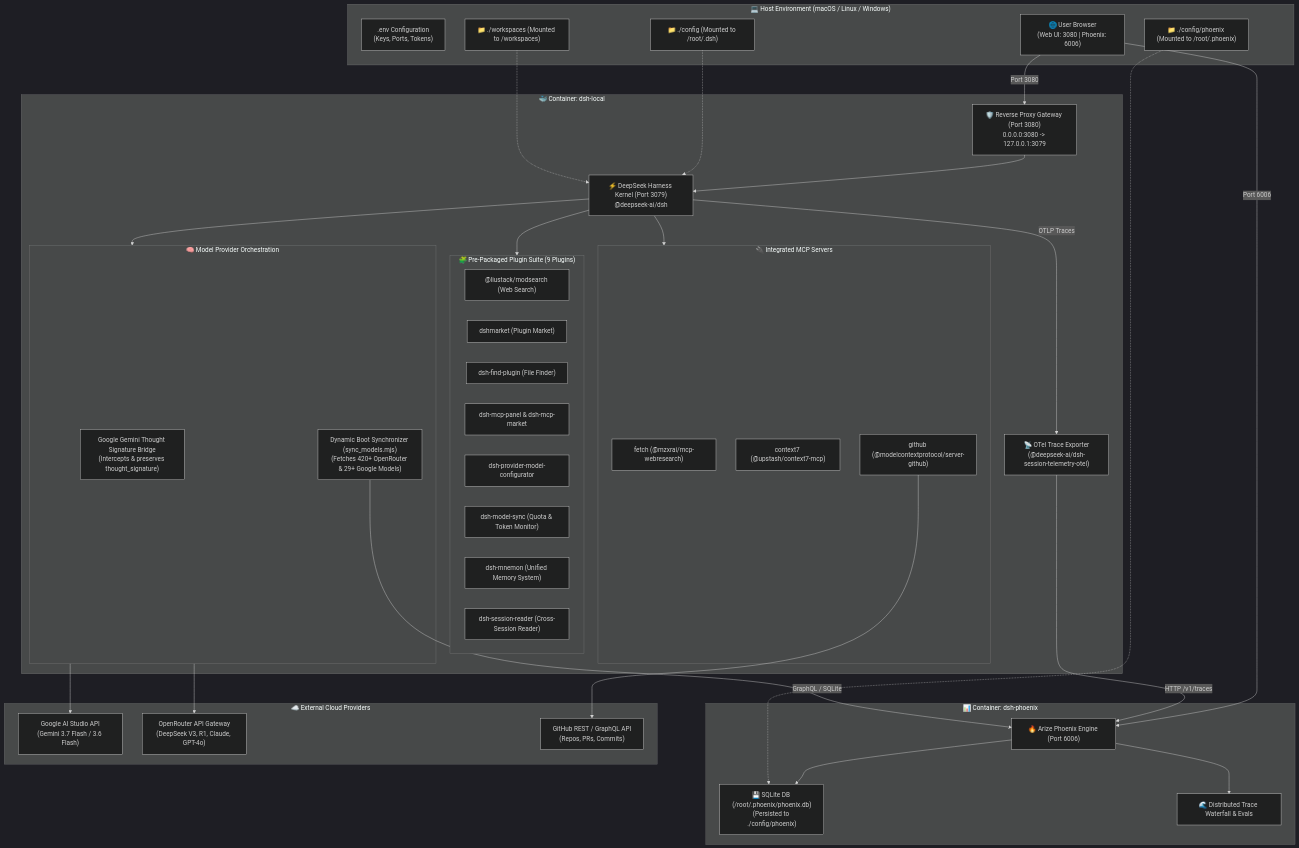
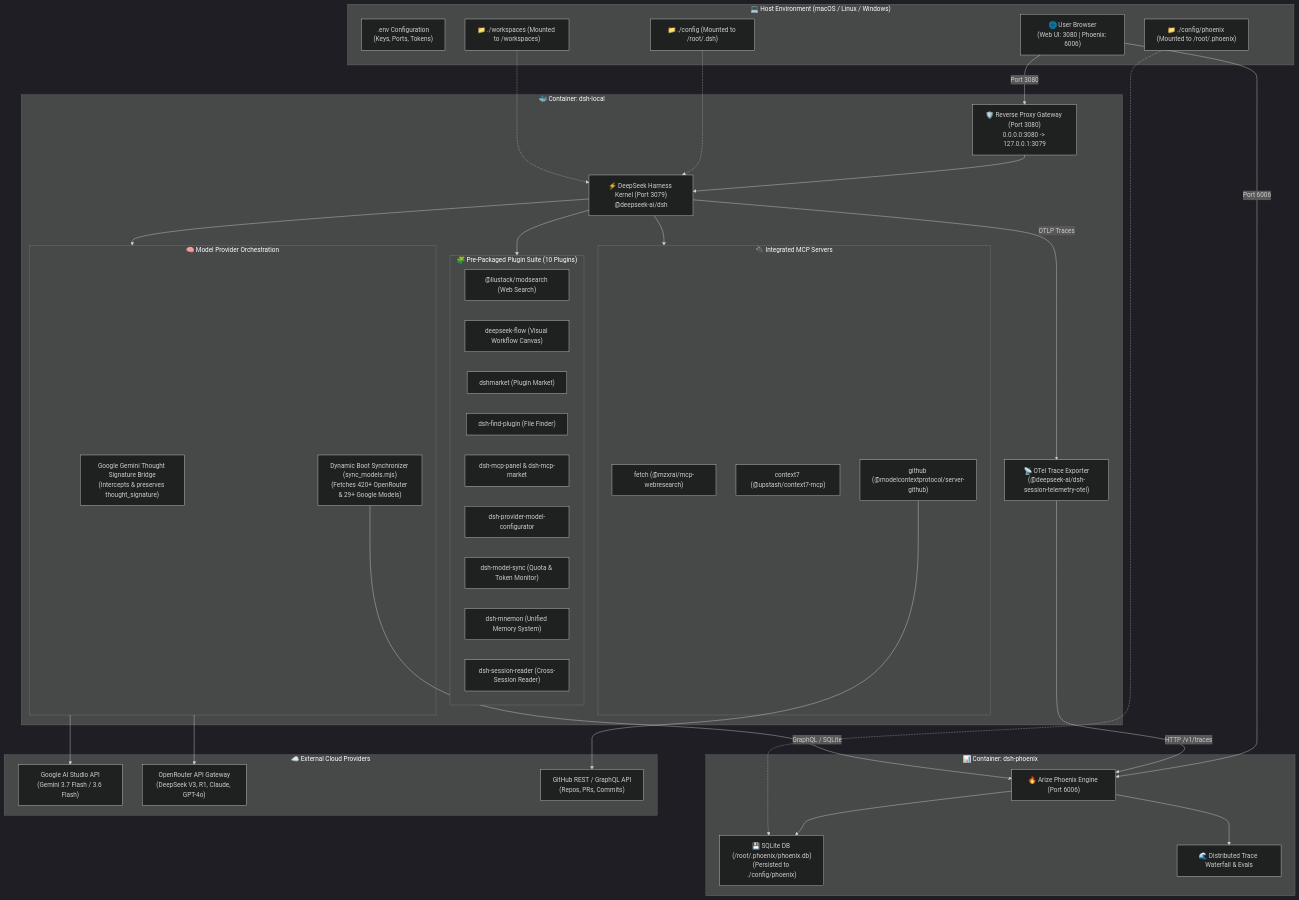
Before and after one commit to hdjebar/DSH-DDS: the diagram in docs/architecture.md, drawn with Mermaid (dark theme). The commit also changed 12 other files, not shown here.

Commit message:
feat(persona-creator): add dedicated persona-creator meta-architect persona and deepseek-flow visual canvas plugin

````diff
--- a/docs/architecture.md
+++ b/docs/architecture.md
@@ -3,72 +3,73 @@
 ```mermaid
 flowchart TD
     subgraph Host ["💻 Host Environment (macOS / Linux / Windows)"]
         ENV[".env Configuration\n(Keys, Ports, Tokens)"]
         VOL_CFG["📁 ./config (Mounted to /root/.dsh)"]
         VOL_PHX["📁 ./config/phoenix (Mounted to /root/.phoenix)"]
         VOL_WS["📁 ./workspaces (Mounted to /workspaces)"]
         BROWSER["🌐 User Browser\n(Web UI: 3080 | Phoenix: 6006)"]
     end
 
     subgraph DSH_Container ["🐳 Container: dsh-local"]
         PROXY["🛡️ Reverse Proxy Gateway (Port 3080)\n0.0.0.0:3080 -> 127.0.0.1:3079"]
         CORE["⚡ DeepSeek Harness Kernel (Port 3079)\n@deepseek-ai/dsh"]
         
-        subgraph Plugins ["🧩 Pre-Packaged Plugin Suite (9 Plugins)"]
+        subgraph Plugins ["🧩 Pre-Packaged Plugin Suite (10 Plugins)"]
             PLUG_SRC["@liustack/modsearch (Web Search)"]
+            PLUG_FLOW["deepseek-flow (Visual Workflow Canvas)"]
             PLUG_MKT["dshmarket (Plugin Market)"]
             PLUG_FIND["dsh-find-plugin (File Finder)"]
             PLUG_MCP_PNL["dsh-mcp-panel & dsh-mcp-market"]
             PLUG_CFG["dsh-provider-model-configurator"]
             PLUG_SYNC["dsh-model-sync (Quota & Token Monitor)"]
             PLUG_MNEM["dsh-mnemon (Unified Memory System)"]
             PLUG_DISTILL["dsh-session-reader (Cross-Session Reader)"]
         end
 
         subgraph MCP_Servers ["🔌 Integrated MCP Servers"]
             MCP_FETCH["fetch (@mzxrai/mcp-webresearch)"]
             MCP_CTX["context7 (@upstash/context7-mcp)"]
             MCP_GH["github (@modelcontextprotocol/server-github)"]
         end
 
         subgraph LLM_Bridges ["🧠 Model Provider Orchestration"]
             BRIDGE_GEMINI["Google Gemini Thought Signature Bridge\n(Intercepts & preserves thought_signature)"]
             AUTO_SYNC["Dynamic Boot Synchronizer (sync_models.mjs)\n(Fetches 420+ OpenRouter & 29+ Google Models)"]
         end
 
         OTEL_EXPORTER["📡 OTel Trace Exporter\n(@deepseek-ai/dsh-session-telemetry-otel)"]
     end
 
     subgraph Phoenix_Container ["📊 Container: dsh-phoenix"]
         PHOENIX_SRV["🔥 Arize Phoenix Engine (Port 6006)"]
         SQLITE_DB["💾 SQLite DB (/root/.phoenix/phoenix.db)\n(Persisted to ./config/phoenix)"]
         TRACES["🌊 Distributed Trace Waterfall & Evals"]
     end
 
     subgraph External_APIs ["☁️ External Cloud Providers"]
         API_GEMINI["Google AI Studio API\n(Gemini 3.7 Flash / 3.6 Flash)"]
         API_OPENROUTER["OpenRouter API Gateway\n(DeepSeek V3, R1, Claude, GPT-4o)"]
         API_GITHUB["GitHub REST / GraphQL API\n(Repos, PRs, Commits)"]
     end
 
     %% Connections
     BROWSER -->|Port 3080| PROXY
     BROWSER -->|Port 6006| PHOENIX_SRV
     PROXY --> CORE
     CORE --> Plugins
     CORE --> MCP_Servers
     CORE --> LLM_Bridges
     LLM_Bridges --> API_GEMINI
     LLM_Bridges --> API_OPENROUTER
     MCP_GH --> API_GITHUB
     
     CORE -->|OTLP Traces| OTEL_EXPORTER
     OTEL_EXPORTER -->|HTTP /v1/traces| PHOENIX_SRV
     PHOENIX_SRV --> SQLITE_DB
     PHOENIX_SRV --> TRACES
     AUTO_SYNC -->|GraphQL / SQLite| PHOENIX_SRV
 
     VOL_CFG -.-> CORE
     VOL_PHX -.-> SQLITE_DB
     VOL_WS -.-> CORE
 ```
````
